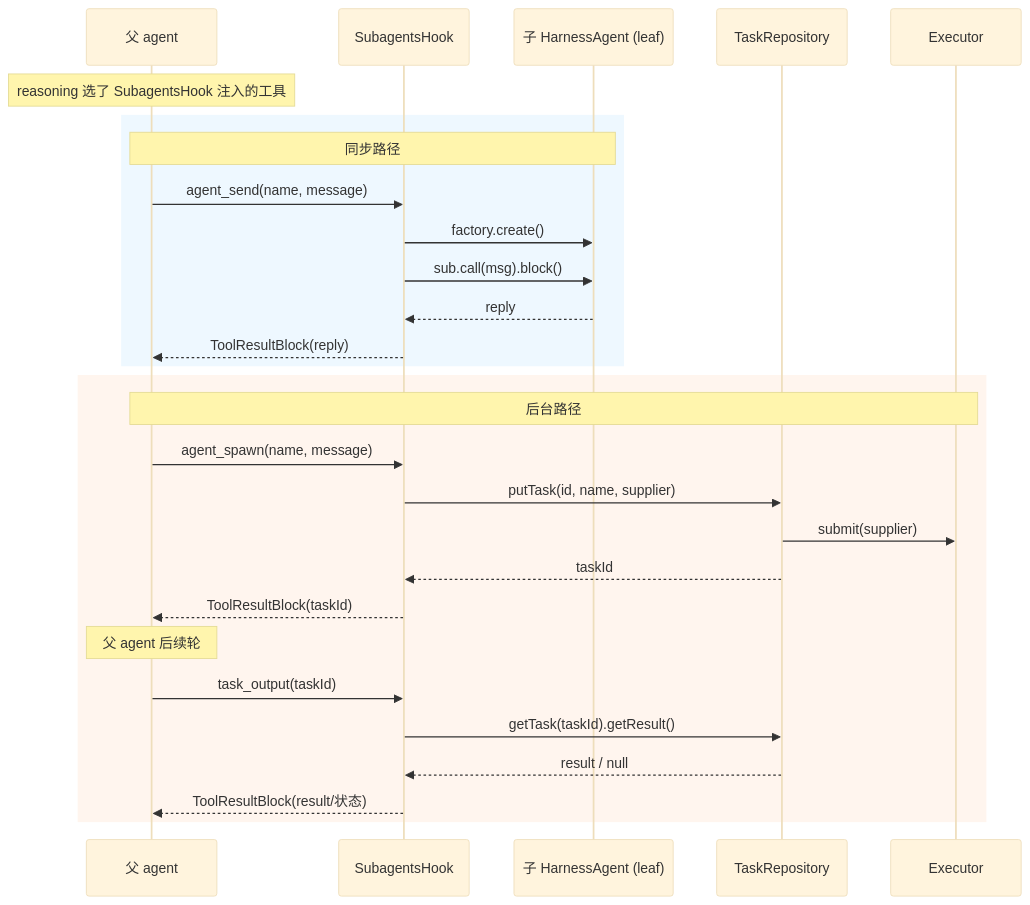
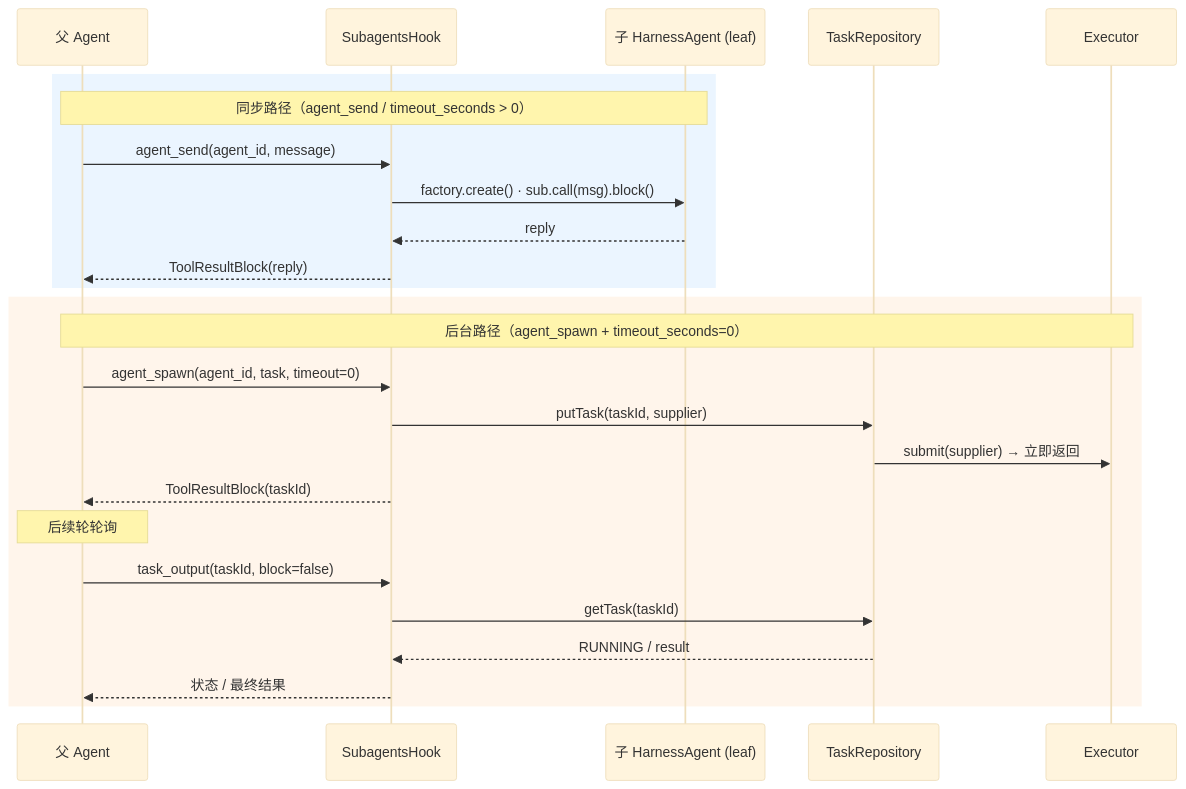
One commit to ongunao/agentscope-java changed the eighth of 8 diagrams in _sources/zh/harness/architecture.md. Above: the diagram before and after it, drawn with Mermaid (base theme). The commit also changed other lines of this file and 133 other files, not shown here.

````diff
--- a/_sources/zh/harness/architecture.md
+++ b/_sources/zh/harness/architecture.md
@@ -320,34 +291,30 @@
-```mermaid
+```{mermaid}
 sequenceDiagram
-    participant Parent as 父 agent
+    participant Parent as 父 Agent
     participant Hook as SubagentsHook
     participant Sub as 子 HarnessAgent (leaf)
     participant Repo as TaskRepository
     participant Exec as Executor
 
-    Note over Parent: reasoning 选了 SubagentsHook 注入的工具
-
-    rect rgb(238, 248, 255)
-    Note over Parent,Sub: 同步路径
-    Parent->>Hook: agent_send(name, message)
-    Hook->>Sub: factory.create()
-    Hook->>Sub: sub.call(msg).block()
+    rect rgb(235, 245, 255)
+    Note over Parent,Sub: 同步路径（agent_send / timeout_seconds > 0）
+    Parent->>Hook: agent_send(agent_id, message)
+    Hook->>Sub: factory.create() · sub.call(msg).block()
     Sub-->>Hook: reply
     Hook-->>Parent: ToolResultBlock(reply)
     end
 
-    rect rgb(255, 245, 238)
-    Note over Parent,Exec: 后台路径
-    Parent->>Hook: agent_spawn(name, message)
-    Hook->>Repo: putTask(id, name, supplier)
-    Repo->>Exec: submit(supplier)
-    Repo-->>Hook: taskId
+    rect rgb(255, 245, 235)
+    Note over Parent,Exec: 后台路径（agent_spawn + timeout_seconds=0）
+    Parent->>Hook: agent_spawn(agent_id, task, timeout=0)
+    Hook->>Repo: putTask(taskId, supplier)
+    Repo->>Exec: submit(supplier) → 立即返回
     Hook-->>Parent: ToolResultBlock(taskId)
 
-    Note over Parent: 父 agent 后续轮
-    Parent->>Hook: task_output(taskId)
-    Hook->>Repo: getTask(taskId).getResult()
-    Repo-->>Hook: result / null
-    Hook-->>Parent: ToolResultBlock(result/状态)
+    Note over Parent: 后续轮轮询
+    Parent->>Hook: task_output(taskId, block=false)
+    Hook->>Repo: getTask(taskId)
+    Repo-->>Hook: RUNNING / result
+    Hook-->>Parent: 状态 / 最终结果
     end
 ```
````
